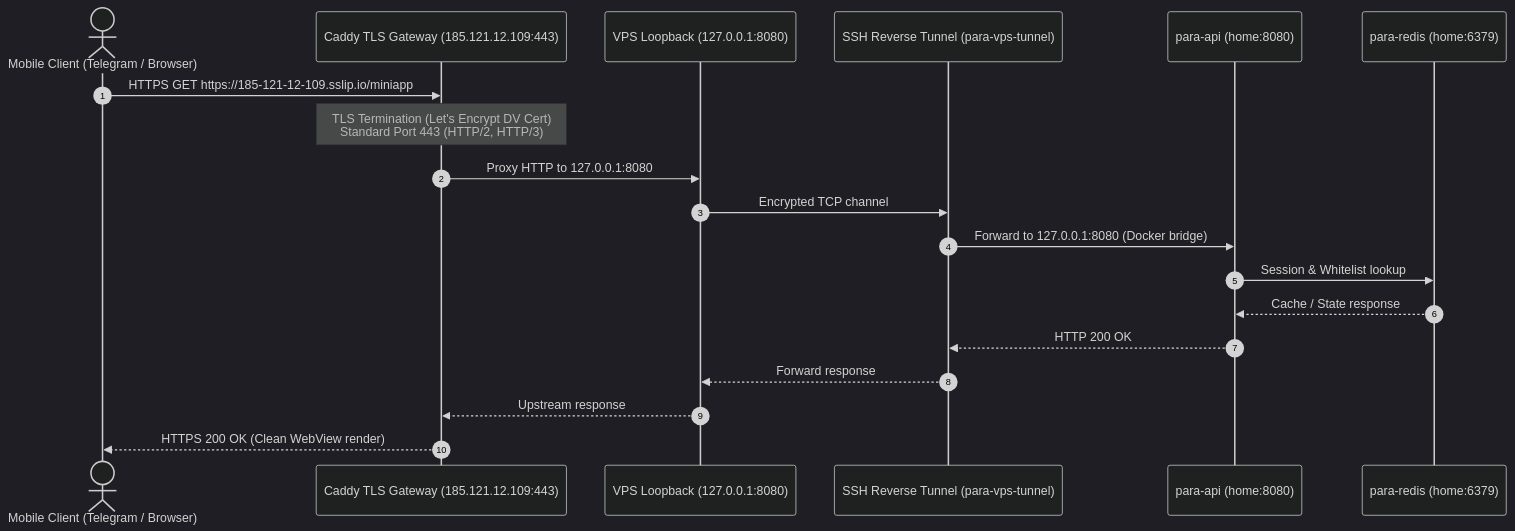
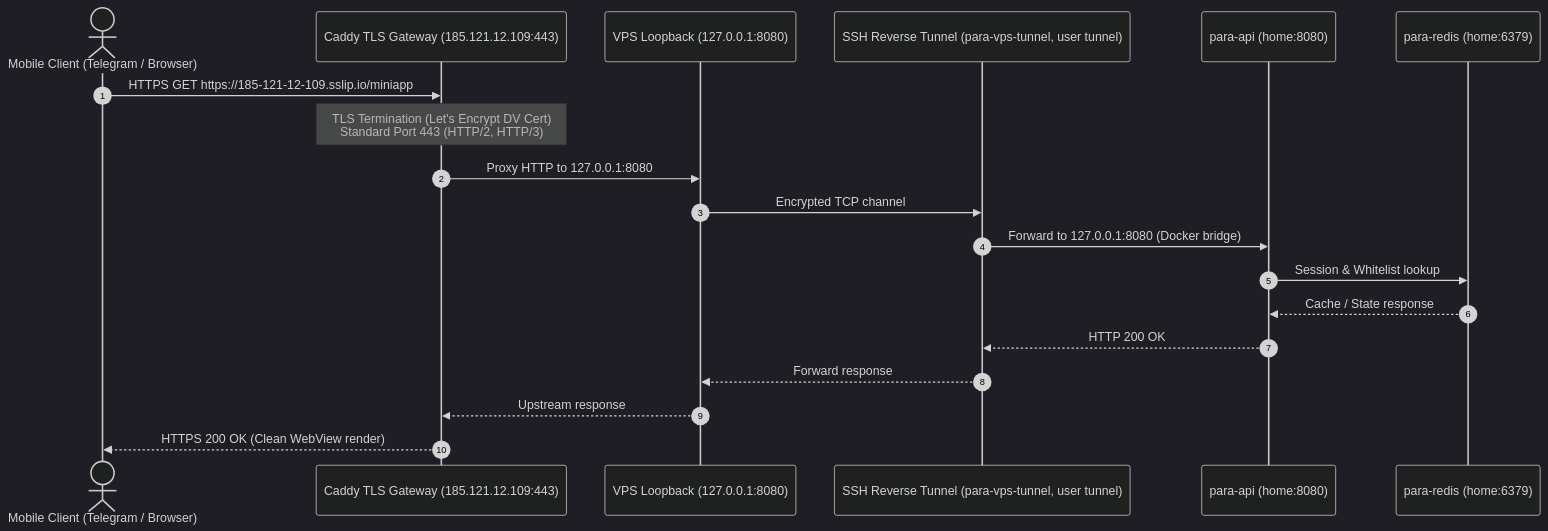
Diagram 31 of 53 in docs/UML.md (Utkautka1/para), drawn with Mermaid (dark theme) before and after one commit. The commit also changed other lines of this file and 4 other files, not shown here.

First line of the commit message:
fix(security): run VPS tunnels as restricted tunnel user with pinned host key

````diff
--- a/docs/UML.md
+++ b/docs/UML.md
@@ -2318,22 +2318,22 @@
 ```mermaid
 sequenceDiagram
     autonumber
     actor Client as Mobile Client (Telegram / Browser)
     participant Caddy as Caddy TLS Gateway (185.121.12.109:443)
     participant VpsLocal as VPS Loopback (127.0.0.1:8080)
-    participant SshTunnel as SSH Reverse Tunnel (para-vps-tunnel)
+    participant SshTunnel as SSH Reverse Tunnel (para-vps-tunnel, user tunnel)
     participant HomeApi as para-api (home:8080)
     participant Redis as para-redis (home:6379)
 
     Client->>Caddy: HTTPS GET https://185-121-12-109.sslip.io/miniapp
     Note over Caddy: TLS Termination (Let's Encrypt DV Cert)<br/>Standard Port 443 (HTTP/2, HTTP/3)
     Caddy->>VpsLocal: Proxy HTTP to 127.0.0.1:8080
     VpsLocal->>SshTunnel: Encrypted TCP channel
     SshTunnel->>HomeApi: Forward to 127.0.0.1:8080 (Docker bridge)
     HomeApi->>Redis: Session & Whitelist lookup
     Redis-->>HomeApi: Cache / State response
     HomeApi-->>SshTunnel: HTTP 200 OK
     SshTunnel-->>VpsLocal: Forward response
     VpsLocal-->>Caddy: Upstream response
     Caddy-->>Client: HTTPS 200 OK (Clean WebView render)
 ```
````
